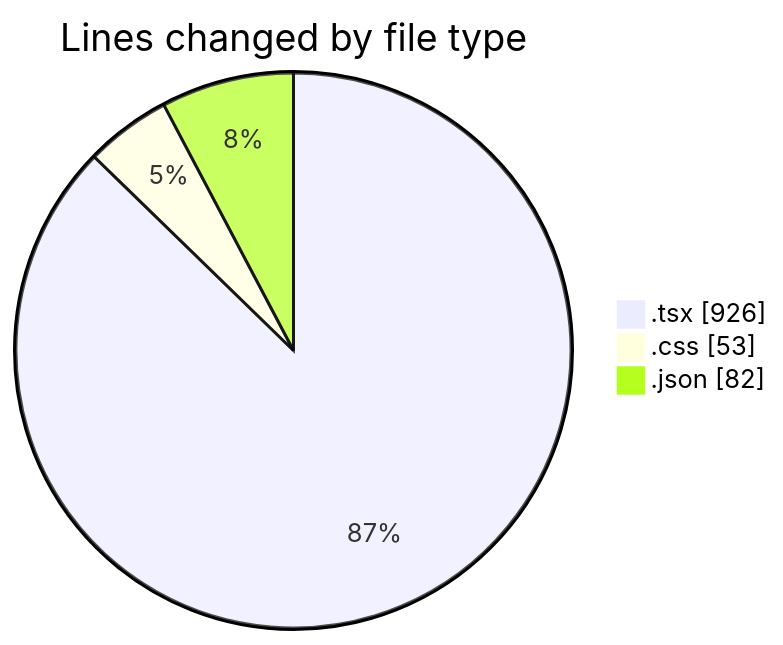
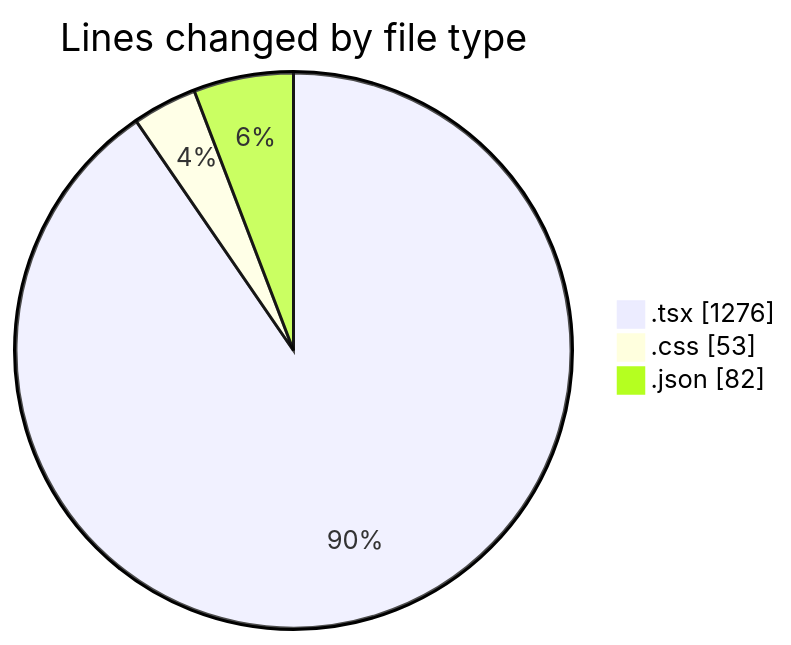
The first of 2 diagrams in 2025-04-10/product-page/README.md (Elitesun/code-tracking), drawn with Mermaid before and after one commit. The commit also changed other lines of this file and 1 other file, not shown here.

````diff
--- a/2025-04-10/product-page/README.md
+++ b/2025-04-10/product-page/README.md
@@ -33,7 +33,7 @@
 ```mermaid
 pie showData
 title Lines changed by file type
-".tsx" : 926
+".tsx" : 1276
 ".css" : 53
 ".json" : 82
 ```
````
